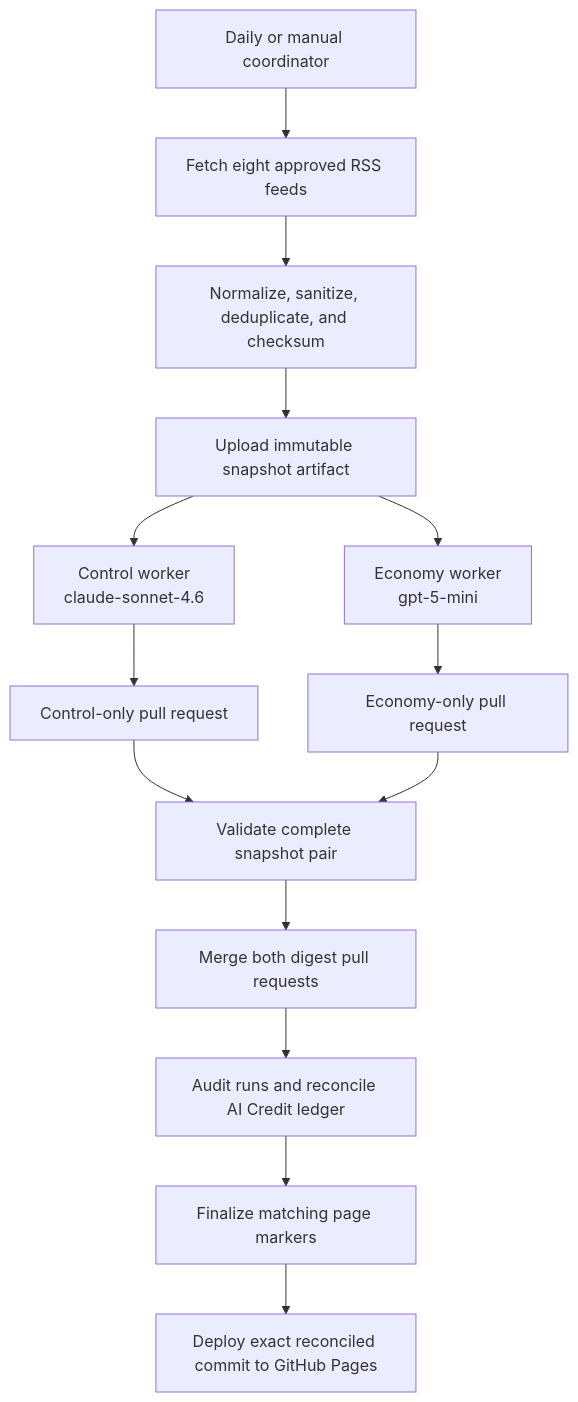
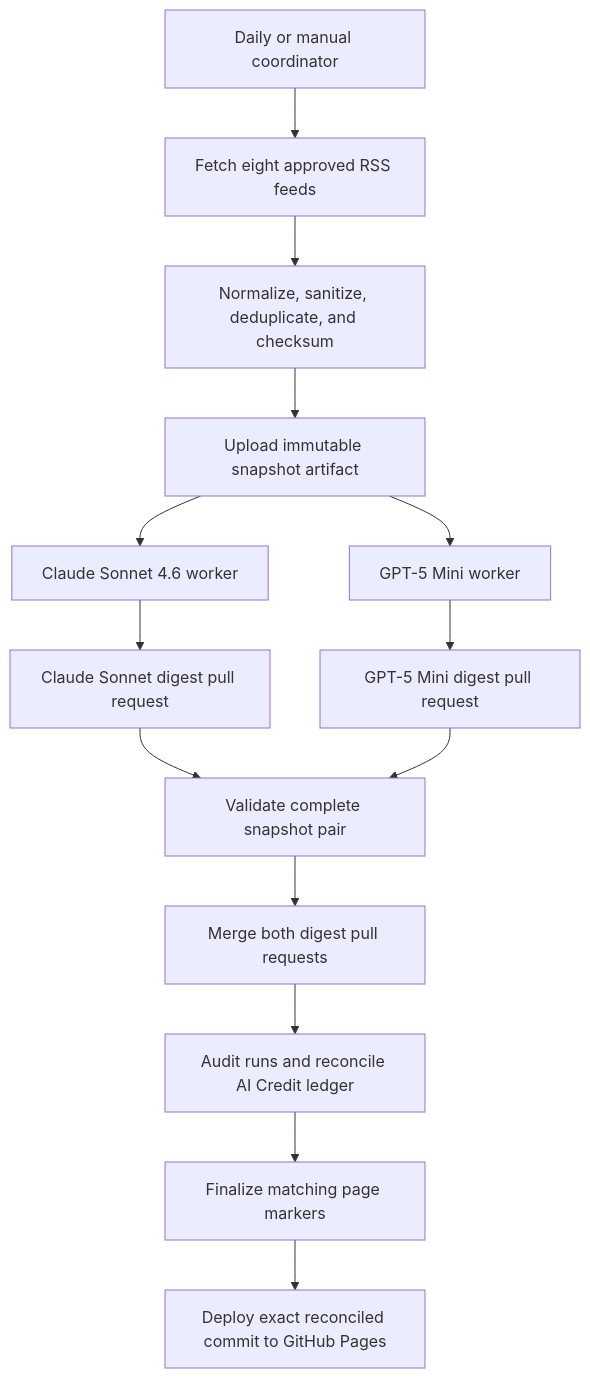
The diagram in docs/paired-model-experiment.md (elbruno/weekly-ai-news-digest), drawn with Mermaid before and after one commit. The commit also changed other lines of this file and 9 other files, not shown here.

````diff
--- a/docs/paired-model-experiment.md
+++ b/docs/paired-model-experiment.md
@@ -27,16 +27,16 @@
 ```mermaid
 flowchart TD
     A[Daily or manual coordinator] --> B[Fetch eight approved RSS feeds]
     B --> C[Normalize, sanitize, deduplicate, and checksum]
     C --> D[Upload immutable snapshot artifact]
-    D --> E[Control worker<br/>claude-sonnet-4.6]
-    D --> F[Economy worker<br/>gpt-5-mini]
-    E --> G[Control-only pull request]
-    F --> H[Economy-only pull request]
+    D --> E[Claude Sonnet 4.6 worker]
+    D --> F[GPT-5 Mini worker]
+    E --> G[Claude Sonnet digest pull request]
+    F --> H[GPT-5 Mini digest pull request]
     G --> I[Validate complete snapshot pair]
     H --> I
     I --> J[Merge both digest pull requests]
     J --> K[Audit runs and reconcile AI Credit ledger]
     K --> L[Finalize matching page markers]
     L --> M[Deploy exact reconciled commit to GitHub Pages]
 ```
````
